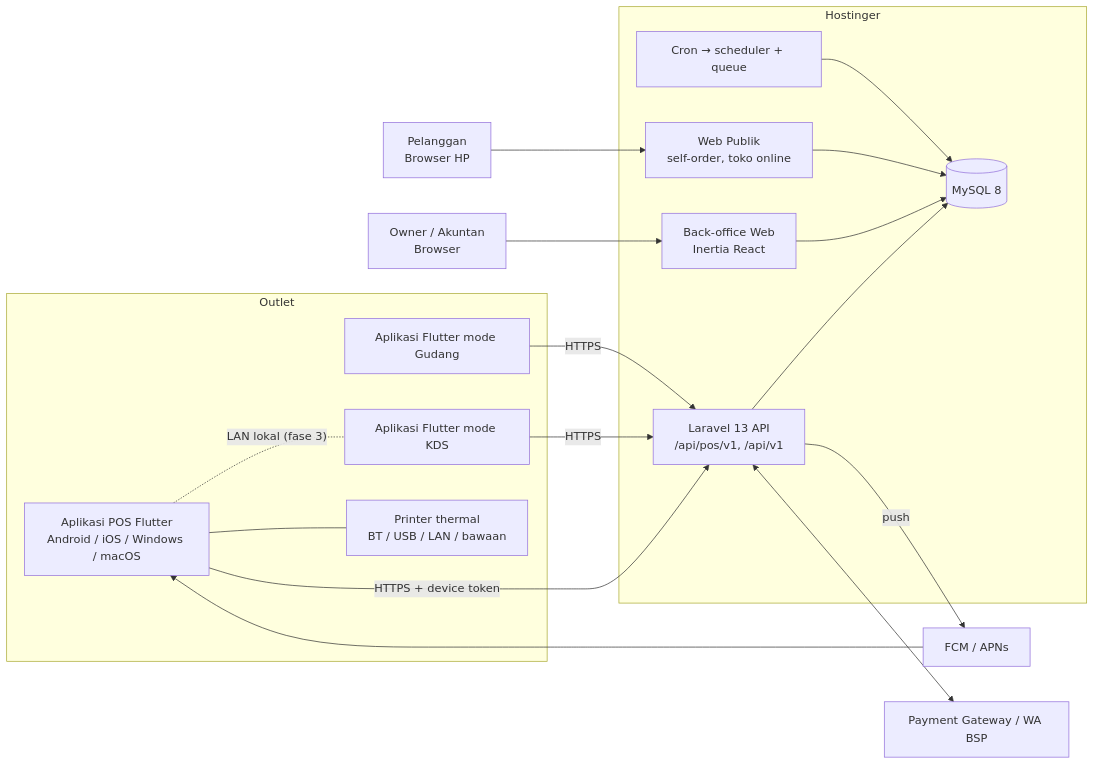
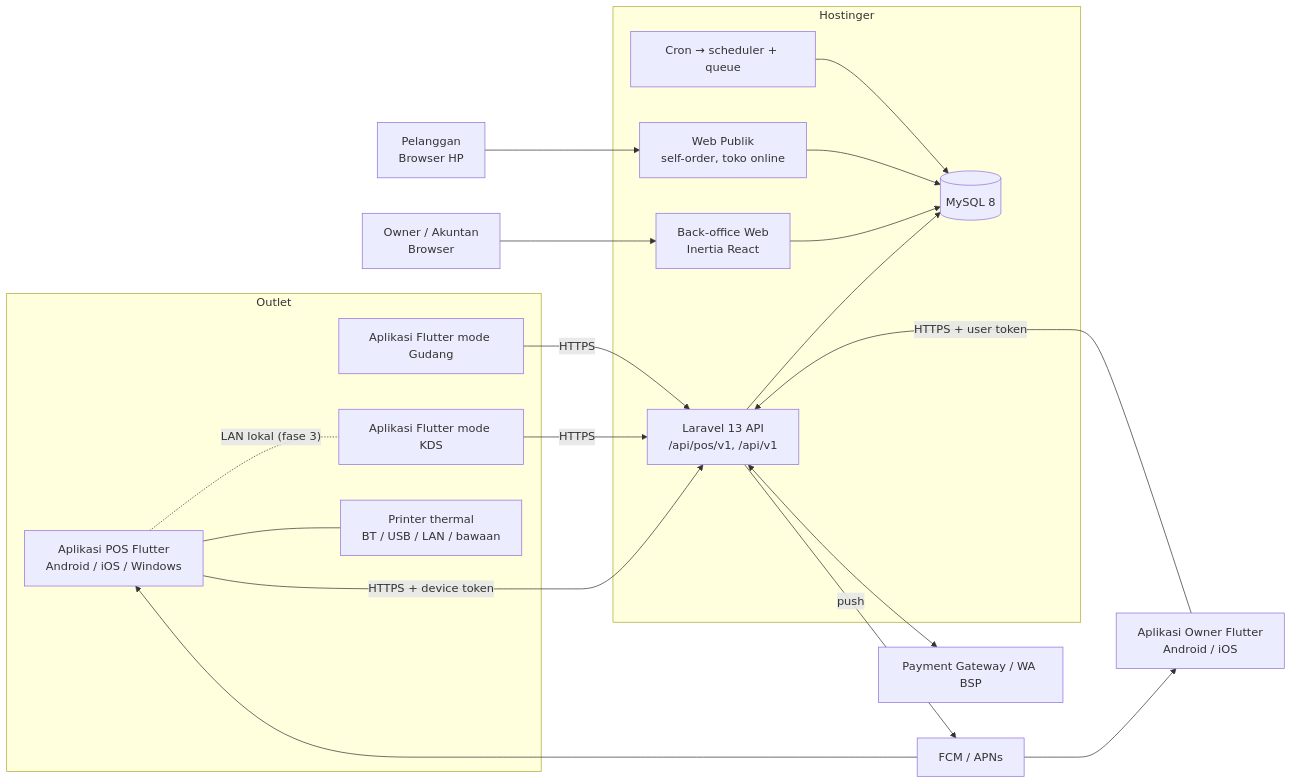
The fifth of 9 diagrams in PRD.md (ahmad-affandi08/POS-SAAS), drawn with Mermaid before and after one commit. The commit also changed other lines of this file, not shown here.

First line of the commit message:
docs(prd): record platform, distribution, all-in-one and owner app decisions

````diff
--- a/PRD.md
+++ b/PRD.md
@@ -1273,30 +1295,32 @@
 ```mermaid
 flowchart LR
     subgraph Outlet
-      POS1[Aplikasi POS Flutter<br/>Android / iOS / Windows / macOS]
+      POS1[Aplikasi POS Flutter<br/>Android / iOS / Windows]
       KDS[Aplikasi Flutter mode KDS]
       WH[Aplikasi Flutter mode Gudang]
       PRN[Printer thermal<br/>BT / USB / LAN / bawaan]
       POS1 --- PRN
       POS1 -. LAN lokal (fase 3) .- KDS
     end
     subgraph Hostinger
       API[Laravel 13 API<br/>/api/pos/v1, /api/v1]
       WEB[Back-office Web<br/>Inertia React]
       PUB[Web Publik<br/>self-order, toko online]
       DB[(MySQL 8)]
       CRON[Cron → scheduler + queue]
       API --> DB
       WEB --> DB
       PUB --> DB
       CRON --> DB
     end
     POS1 -- HTTPS + device token --> API
     KDS -- HTTPS --> API
     WH -- HTTPS --> API
     OWNER[Owner / Akuntan<br/>Browser] --> WEB
+    OAPP[Aplikasi Owner Flutter<br/>Android / iOS] -- HTTPS + user token --> API
+    FCM --> OAPP
     CUST[Pelanggan<br/>Browser HP] --> PUB
     API -- push --> FCM[FCM / APNs]
     FCM --> POS1
     API <--> PG[Payment Gateway / WA BSP]
 ```
````
